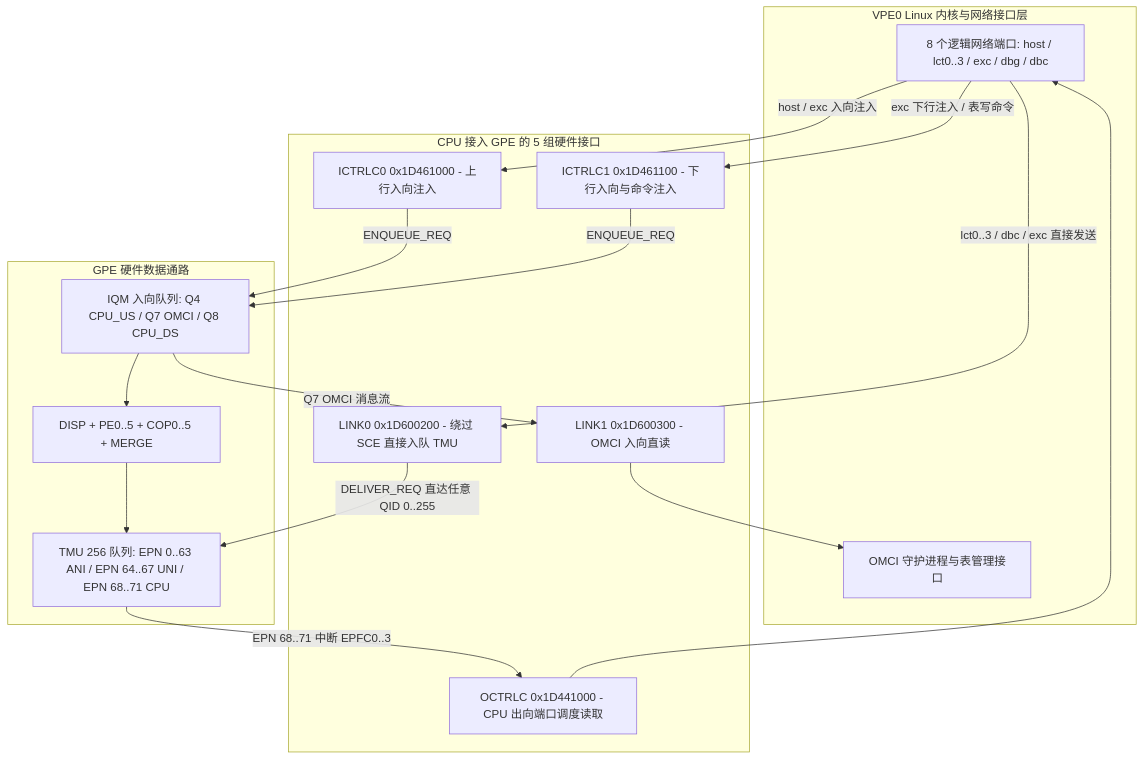
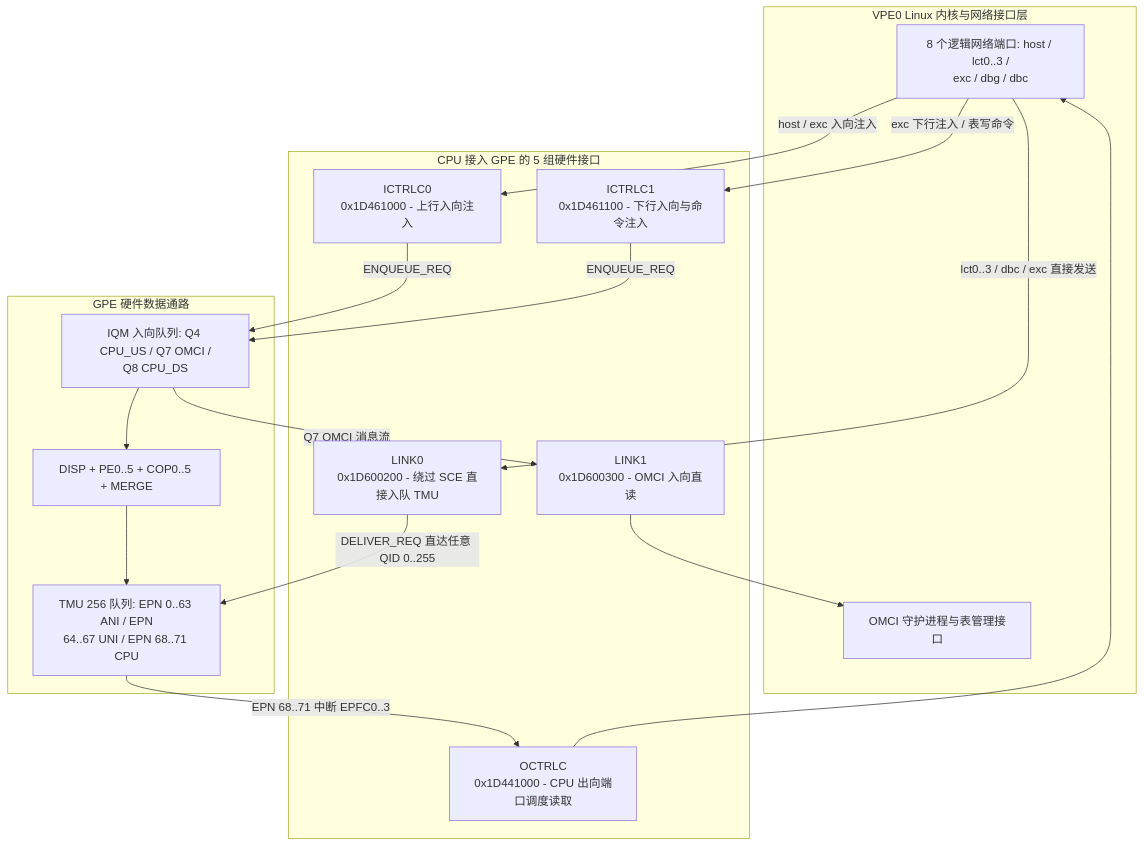
Before and after one commit to difanz/lantiq-falcon-s-docs: the fourth of 4 diagrams in 08_data_flow/05_cpu_tap_and_mgmt_path.md, drawn with Mermaid. The commit also changed other lines of this file and 33 other files, not shown here.

Commit message:
Improve diagram readability and adopt the Material theme

````diff
--- a/08_data_flow/05_cpu_tap_and_mgmt_path.md
+++ b/08_data_flow/05_cpu_tap_and_mgmt_path.md
@@ -176,31 +183,31 @@
 ```mermaid
 flowchart TD
     subgraph CPU_HOST["VPE0 Linux 内核与网络接口层"]
-        NETDEV["8 个逻辑网络端口: host / lct0..3 / exc / dbg / dbc"]
+        NETDEV["8 个逻辑网络端口: host / lct0..3 /<br/>exc / dbg / dbc"]
         OMCI_APP["OMCI 守护进程与表管理接口"]
     end
 
     subgraph CPU_HW_IF["CPU 接入 GPE 的 5 组硬件接口"]
-        ICTRLC0["ICTRLC0 0x1D461000 - 上行入向注入"]
-        ICTRLC1["ICTRLC1 0x1D461100 - 下行入向与命令注入"]
-        LINK0["LINK0 0x1D600200 - 绕过 SCE 直接入队 TMU"]
-        LINK1["LINK1 0x1D600300 - OMCI 入向直读"]
-        OCTRLC["OCTRLC 0x1D441000 - CPU 出向端口调度读取"]
+        ICTRLC0["ICTRLC0<br/>0x1D461000 - 上行入向注入"]
+        ICTRLC1["ICTRLC1<br/>0x1D461100 - 下行入向与命令注入"]
+        LINK0["LINK0<br/>0x1D600200 - 绕过 SCE 直接入队 TMU"]
+        LINK1["LINK1<br/>0x1D600300 - OMCI 入向直读"]
+        OCTRLC["OCTRLC<br/>0x1D441000 - CPU 出向端口调度读取"]
     end
 
     subgraph GPE_CORE["GPE 硬件数据通路"]
-        IQM_BLK["IQM 入向队列: Q4 CPU_US / Q7 OMCI / Q8 CPU_DS"]
+        IQM_BLK["IQM 入向队列: Q4 CPU_US / Q7 OMCI /<br/>Q8 CPU_DS"]
         SCE_BLK["DISP + PE0..5 + COP0..5 + MERGE"]
-        TMU_BLK["TMU 256 队列: EPN 0..63 ANI / EPN 64..67 UNI / EPN 68..71 CPU"]
+        TMU_BLK["TMU 256 队列: EPN 0..63 ANI / EPN<br/>64..67 UNI / EPN 68..71 CPU"]
     end
 
     NETDEV -->|host / exc 入向注入| ICTRLC0
     NETDEV -->|exc 下行注入 / 表写命令| ICTRLC1
     NETDEV -->|lct0..3 / dbc / exc 直接发送| LINK0
     ICTRLC0 -->|ENQUEUE_REQ| IQM_BLK
     ICTRLC1 -->|ENQUEUE_REQ| IQM_BLK
     IQM_BLK --> SCE_BLK --> TMU_BLK
     LINK0 -->|DELIVER_REQ 直达任意 QID 0..255| TMU_BLK
     IQM_BLK -->|Q7 OMCI 消息流| LINK1 --> OMCI_APP
     TMU_BLK -->|EPN 68..71 中断 EPFC0..3| OCTRLC --> NETDEV
 ```
````
